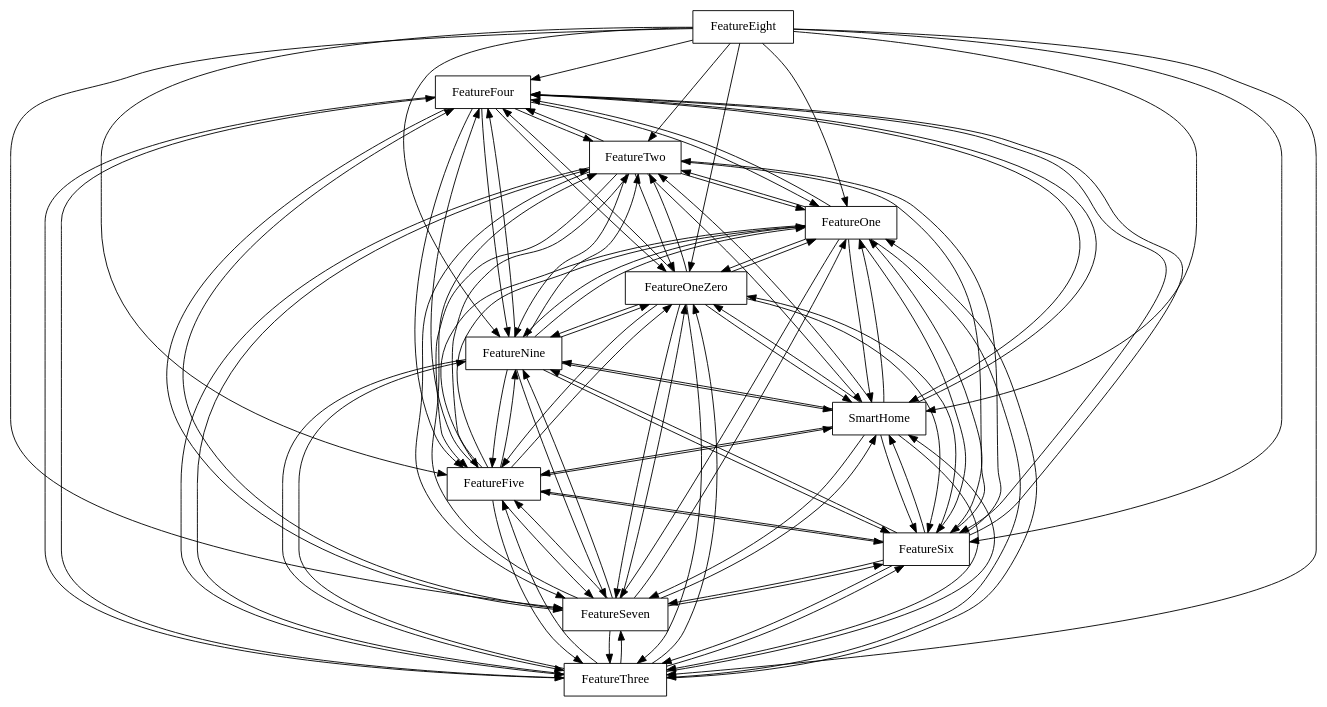
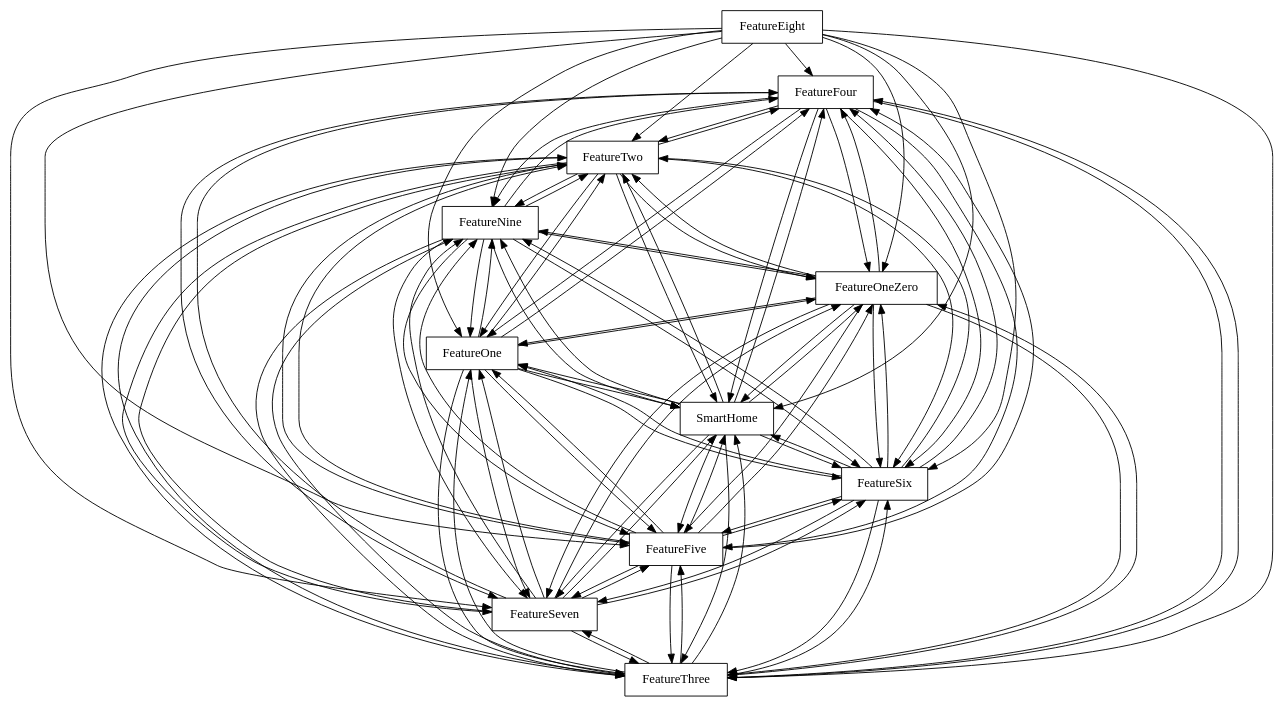
Before and after one commit to FAMILIAR-project/familiar-language: the diagram in FAMILIAR/output/SPLOT-big/fm_91_model_20110704_555218409.xml.dot, drawn with Graphviz. The commit also changed 69 other files, not shown here.

```diff
--- a/FAMILIAR/output/SPLOT-big/fm_91_model_20110704_555218409.xml.dot
+++ b/FAMILIAR/output/SPLOT-big/fm_91_model_20110704_555218409.xml.dot
@@ -1,116 +1,116 @@
 digraph{
 graph [rankdir=TB];
 node [shape=box];
 edge [arrowhead=normal];
 0[label="FeatureFour",]
 1[label="FeatureTwo",]
 2[label="FeatureThree",]
 3[label="FeatureSeven",]
-4[label="FeatureSix",]
-5[label="FeatureFive",]
+4[label="FeatureFive",]
+5[label="FeatureSix",]
 6[label="SmartHome",]
-7[label="FeatureNine",]
-8[label="FeatureOneZero",]
-9[label="FeatureOne",]
-10[label="FeatureEight",]
+7[label="FeatureEight",]
+8[label="FeatureOne",]
+9[label="FeatureOneZero",]
+10[label="FeatureNine",]
 0->1[label="",]
 0->2[label="",]
 0->3[label="",]
 0->4[label="",]
 0->5[label="",]
 0->6[label="",]
-0->7[label="",]
 0->8[label="",]
 0->9[label="",]
+0->10[label="",]
 1->0[label="",]
 1->2[label="",]
 1->3[label="",]
 1->4[label="",]
 1->5[label="",]
 1->6[label="",]
-1->7[label="",]
 1->8[label="",]
 1->9[label="",]
+1->10[label="",]
 2->0[label="",]
 2->1[label="",]
 2->3[label="",]
 2->4[label="",]
 2->5[label="",]
 2->6[label="",]
-2->7[label="",]
 2->8[label="",]
 2->9[label="",]
+2->10[label="",]
 3->0[label="",]
 3->1[label="",]
 3->2[label="",]
 3->4[label="",]
 3->5[label="",]
 3->6[label="",]
-3->7[label="",]
 3->8[label="",]
 3->9[label="",]
+3->10[label="",]
 4->0[label="",]
 4->1[label="",]
 4->2[label="",]
 4->3[label="",]
 4->5[label="",]
 4->6[label="",]
-4->7[label="",]
 4->8[label="",]
 4->9[label="",]
+4->10[label="",]
 5->0[label="",]
 5->1[label="",]
 5->2[label="",]
 5->3[label="",]
 5->4[label="",]
 5->6[label="",]
-5->7[label="",]
 5->8[label="",]
 5->9[label="",]
+5->10[label="",]
 6->0[label="",]
 6->1[label="",]
 6->2[label="",]
 6->3[label="",]
 6->4[label="",]
 6->5[label="",]
-6->7[label="",]
 6->8[label="",]
 6->9[label="",]
+6->10[label="",]
 7->0[label="",]
 7->1[label="",]
 7->2[label="",]
 7->3[label="",]
 7->4[label="",]
 7->5[label="",]
 7->6[label="",]
 7->8[label="",]
 7->9[label="",]
+7->10[label="",]
 8->0[label="",]
 8->1[label="",]
 8->2[label="",]
 8->3[label="",]
 8->4[label="",]
 8->5[label="",]
 8->6[label="",]
-8->7[label="",]
 8->9[label="",]
+8->10[label="",]
 9->0[label="",]
 9->1[label="",]
 9->2[label="",]
 9->3[label="",]
 9->4[label="",]
 9->5[label="",]
 9->6[label="",]
-9->7[label="",]
 9->8[label="",]
+9->10[label="",]
 10->0[label="",]
 10->1[label="",]
 10->2[label="",]
 10->3[label="",]
 10->4[label="",]
 10->5[label="",]
 10->6[label="",]
-10->7[label="",]
 10->8[label="",]
 10->9[label="",]
 }
```
